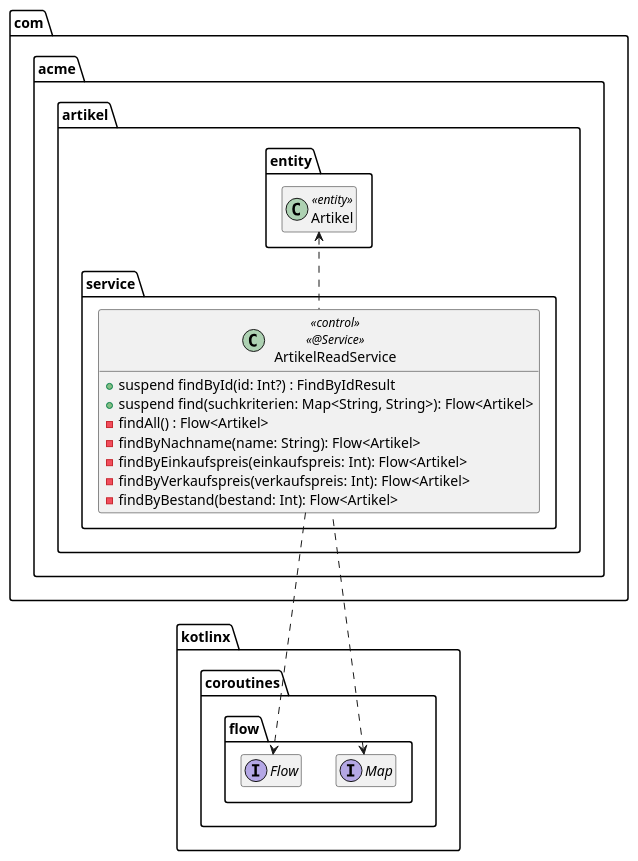
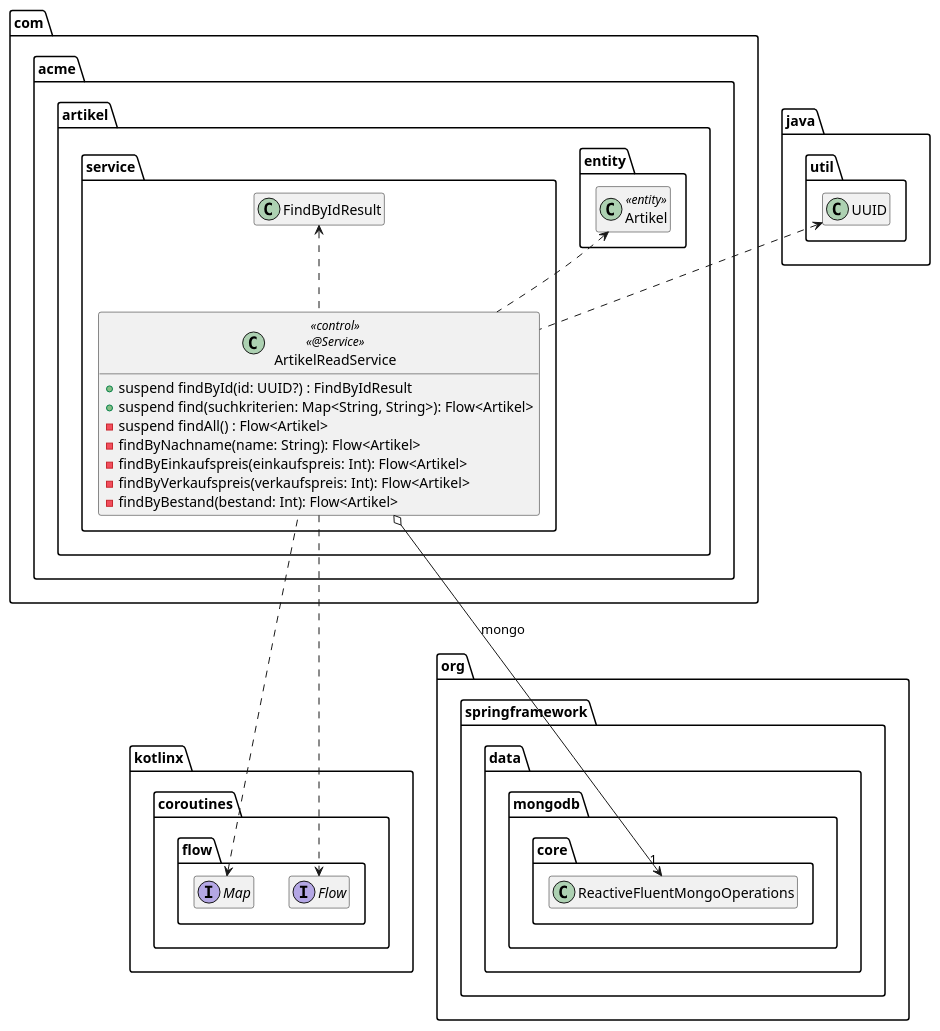
Before and after one commit to AlexanderStecknitz/Softwarearchitektur-Springframework: the diagram in extras/doc/ArtikelReadService.puml, drawn with PlantUML. The commit also changed 4 other files, not shown here.

Commit message:
UPDATED PlantUMLs

```diff
--- a/extras/doc/ArtikelReadService.puml
+++ b/extras/doc/ArtikelReadService.puml
@@ -1,29 +1,42 @@
 @startuml
 package kotlinx.coroutines.flow {
     interface Flow
     interface Map
+}
+
+package java.util {
+    class UUID
+}
+
+package org.springframework.data.mongodb.core {
+    class ReactiveFluentMongoOperations
 }
 
 package com.acme.artikel {
     package entity {
         class Artikel << entity >>
     }
 
     package service {
         class ArtikelReadService << control >> << @Service >> {
-            + suspend findById(id: Int?) : FindByIdResult
+            + suspend findById(id: UUID?) : FindByIdResult
             + suspend find(suchkriterien: Map<String, String>): Flow<Artikel>
-            - findAll() : Flow<Artikel>
+            - suspend findAll() : Flow<Artikel>
             - findByNachname(name: String): Flow<Artikel>
             - findByEinkaufspreis(einkaufspreis: Int): Flow<Artikel>
             - findByVerkaufspreis(verkaufspreis: Int): Flow<Artikel>
             - findByBestand(bestand: Int): Flow<Artikel>
         }
 
+        class FindByIdResult
+
         ArtikelReadService .up.> Artikel
         ArtikelReadService ..> Flow
         ArtikelReadService .up.> Map
+        ArtikelReadService .up.> UUID
+        ArtikelReadService .up.> FindByIdResult
+        ArtikelReadService o--> "1" ReactiveFluentMongoOperations : mongo
     }
 }
 hide empty members
 @enduml
```
